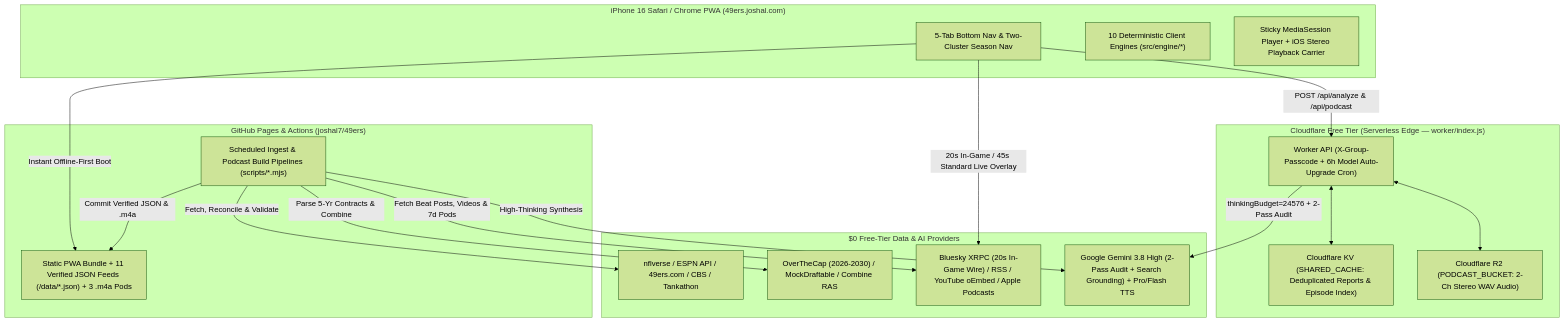
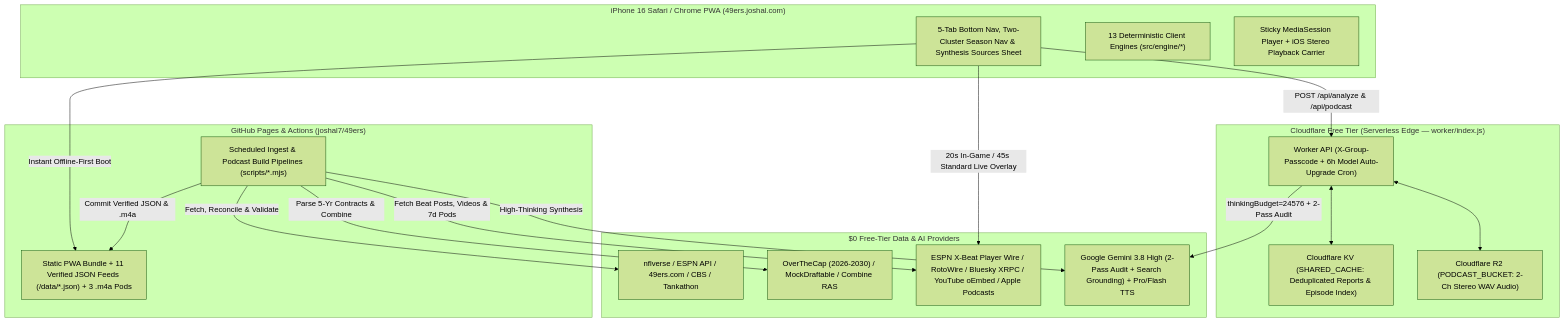
The diagram in PRD.md (joshal7/49ers), drawn with Mermaid (forest theme) before and after one commit. The commit also changed other lines of this file and 30 other files, not shown here.

Commit message:
Complete 6-hour QA sweep: fix rollover/gameday/UI edge cases, optimize render hot paths & sync architecture docs

````diff
--- a/PRD.md
+++ b/PRD.md
@@ -52,39 +52,39 @@
 ```mermaid
 flowchart TD
     subgraph Client["iPhone 16 Safari / Chrome PWA (49ers.joshal.com)"]
-        UI["5-Tab Bottom Nav & Two-Cluster Season Nav"]
-        Engines["10 Deterministic Client Engines (src/engine/*)"]
+        UI["5-Tab Bottom Nav, Two-Cluster Season Nav & Synthesis Sources Sheet"]
+        Engines["13 Deterministic Client Engines (src/engine/*)"]
         Audio["Sticky MediaSession Player + iOS Stereo Playback Carrier"]
     end
 
     subgraph GH["GitHub Pages & Actions (joshal7/49ers)"]
         Pages["Static PWA Bundle + 11 Verified JSON Feeds (/data/*.json) + 3 .m4a Pods"]
         Cron["Scheduled Ingest & Podcast Build Pipelines (scripts/*.mjs)"]
     end
 
     subgraph CF["Cloudflare Free Tier (Serverless Edge — worker/index.js)"]
         Worker["Worker API (X-Group-Passcode + 6h Model Auto-Upgrade Cron)"]
         KV["Cloudflare KV (SHARED_CACHE: Deduplicated Reports & Episode Index)"]
         R2["Cloudflare R2 (PODCAST_BUCKET: 2-Ch Stereo WAV Audio)"]
     end
 
     subgraph External["$0 Free-Tier Data & AI Providers"]
         NFL["nflverse / ESPN API / 49ers.com / CBS / Tankathon"]
         Cap["OverTheCap (2026-2030) / MockDraftable / Combine RAS"]
-        Wire["Bluesky XRPC (20s In-Game Wire) / RSS / YouTube oEmbed / Apple Podcasts"]
+        Wire["ESPN X-Beat Player Wire / RotoWire / Bluesky XRPC / YouTube oEmbed / Apple Podcasts"]
         Gemini["Google Gemini 3.8 High (2-Pass Audit + Search Grounding) + Pro/Flash TTS"]
     end
 
     Cron -->|"Fetch, Reconcile & Validate"| NFL
     Cron -->|"Parse 5-Yr Contracts & Combine"| Cap
     Cron -->|"Fetch Beat Posts, Videos & 7d Pods"| Wire
     Cron -->|"High-Thinking Synthesis"| Gemini
     Cron -->|"Commit Verified JSON & .m4a"| Pages
 
     UI -->|"Instant Offline-First Boot"| Pages
     UI -->|"20s In-Game / 45s Standard Live Overlay"| Wire
     UI -->|"POST /api/analyze & /api/podcast"| Worker
     Worker <--> KV
     Worker <--> R2
     Worker -->|"thinkingBudget=24576 + 2-Pass Audit"| Gemini
 ```
````
